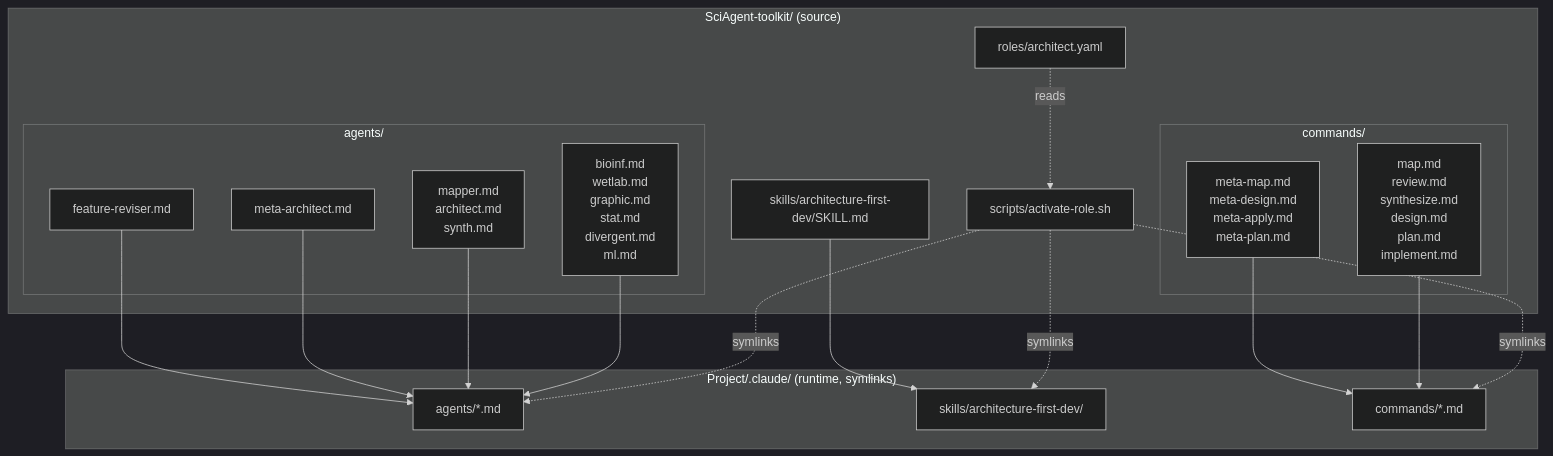
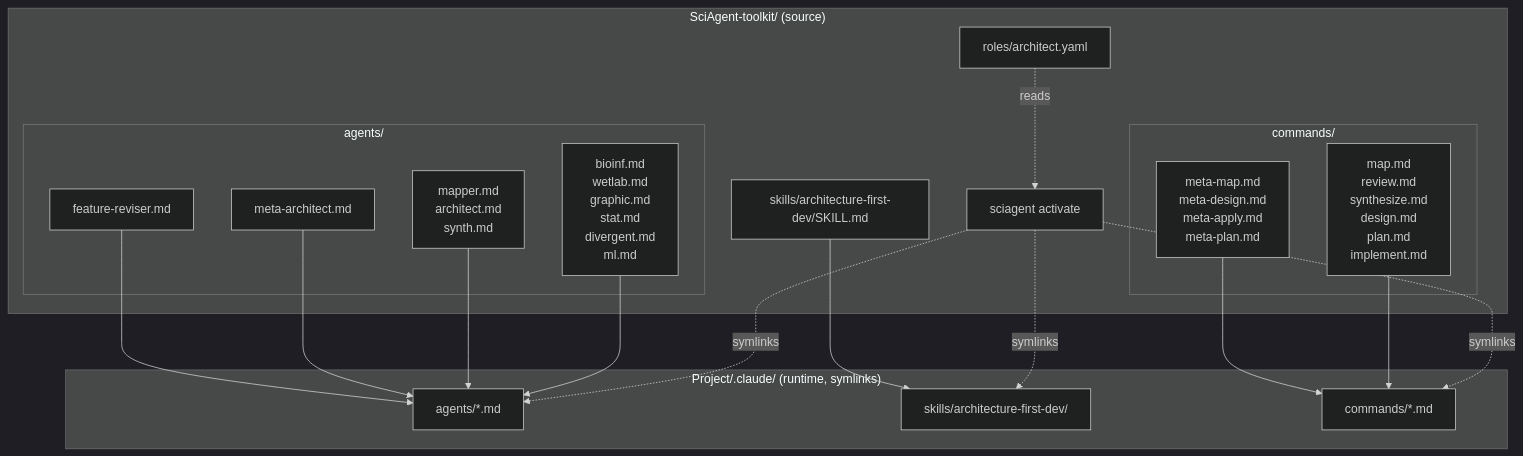
Before and after one commit to tony-zhelonkin/SciAgent-toolkit: the first of 2 diagrams in docs/workflows/architect/01-architecture.md, drawn with Mermaid (dark theme). The commit also changed other lines of this file and 17 other files, not shown here.

````diff
--- a/docs/workflows/architect/01-architecture.md
+++ b/docs/workflows/architect/01-architecture.md
@@ -14,38 +14,38 @@
 ```mermaid
 graph TD
     subgraph "SciAgent-toolkit/ (source)"
         ROLE[roles/architect.yaml]
         SKILL[skills/architecture-first-dev/SKILL.md]
-        SCRIPT[scripts/activate-role.sh]
+        SCRIPT[sciagent activate]
 
         subgraph "agents/"
             A_REV[bioinf.md<br/>wetlab.md<br/>graphic.md<br/>stat.md<br/>divergent.md<br/>ml.md]
             A_PIPE[mapper.md<br/>architect.md<br/>synth.md]
             A_META[meta-architect.md]
             A_TEAM[feature-reviser.md]
         end
 
         subgraph "commands/"
             C[map.md<br/>review.md<br/>synthesize.md<br/>design.md<br/>plan.md<br/>implement.md]
             C_META[meta-map.md<br/>meta-design.md<br/>meta-apply.md<br/>meta-plan.md]
         end
     end
 
     subgraph "Project/.claude/ (runtime, symlinks)"
         CA[agents/*.md]
         CS[skills/architecture-first-dev/]
         CC[commands/*.md]
     end
 
     ROLE -.reads.-> SCRIPT
     SCRIPT -.symlinks.-> CA
     SCRIPT -.symlinks.-> CS
     SCRIPT -.symlinks.-> CC
     A_REV --> CA
     A_PIPE --> CA
     A_META --> CA
     A_TEAM --> CA
     SKILL --> CS
     C --> CC
     C_META --> CC
 ```
````
